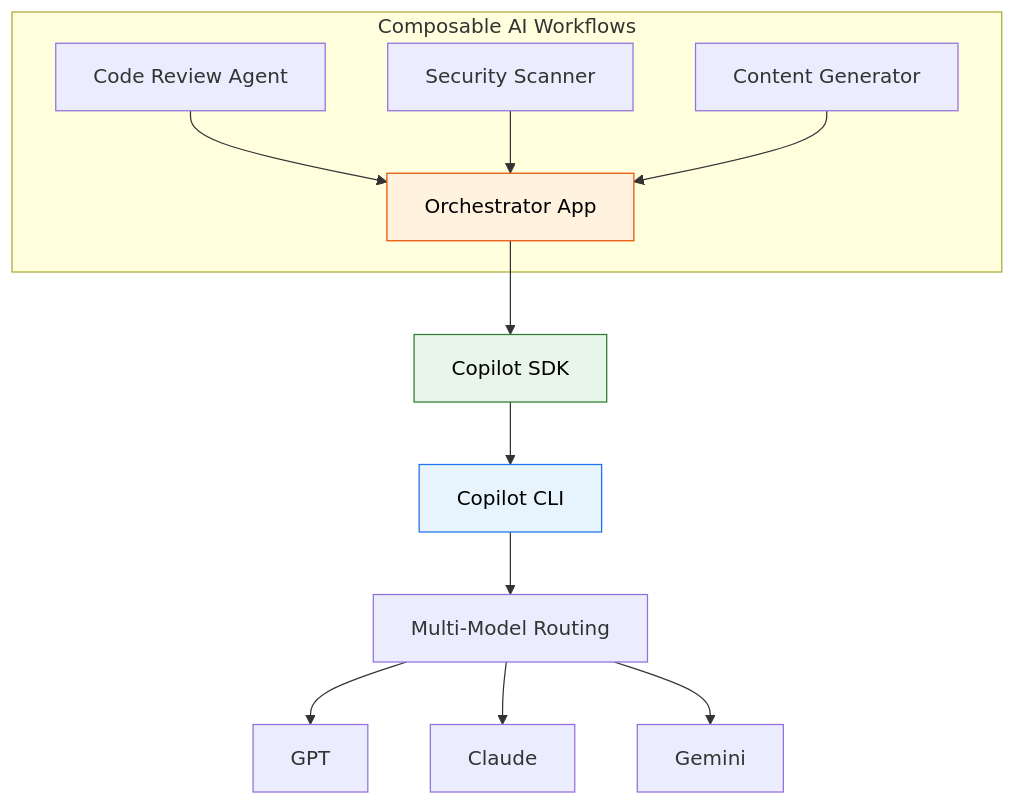
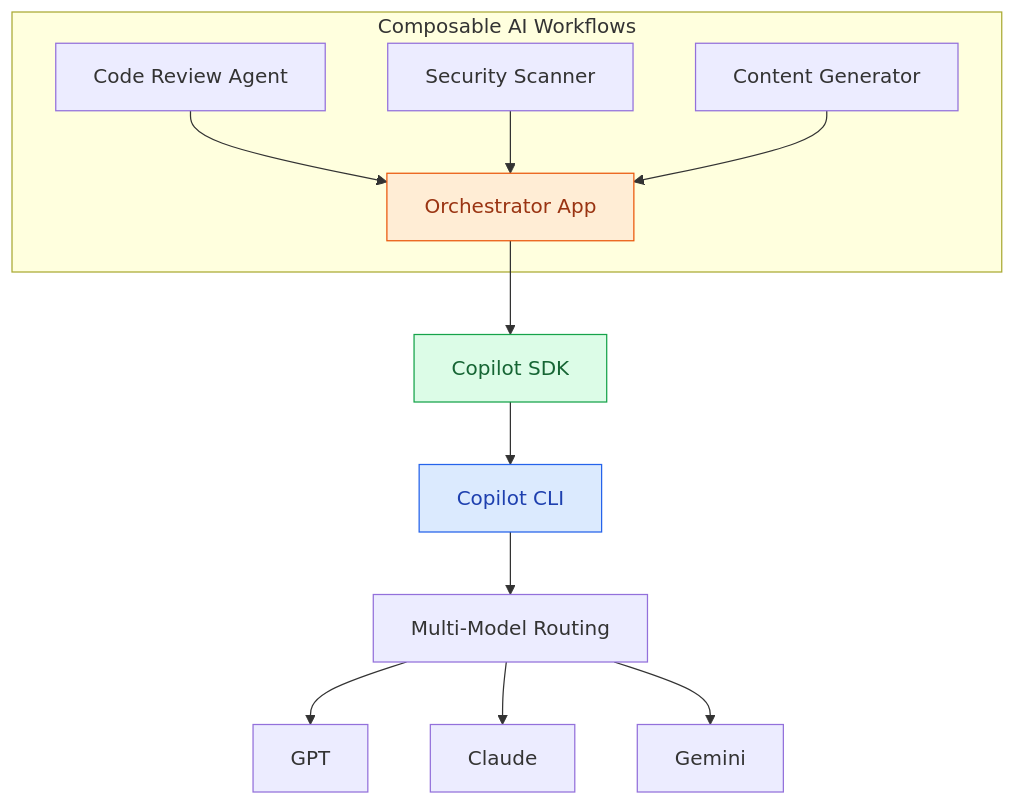
The fourth of 4 diagrams in hugo-site/content/blog/2026/01/5.copilot-sdk-deep-dive-unlocked-future-potential.md (raj-champion-trader/rajchampaneriya.github.io), drawn with Mermaid before and after one commit. The commit also changed other lines of this file and 5 other files, not shown here.

First line of the commit message:
Enhance Mermaid Diagrams with Semantic Color Classes and Dark Mode Support

````diff
--- a/hugo-site/content/blog/2026/01/5.copilot-sdk-deep-dive-unlocked-future-potential.md
+++ b/hugo-site/content/blog/2026/01/5.copilot-sdk-deep-dive-unlocked-future-potential.md
@@ -114,20 +112,20 @@
 ```mermaid
 graph TD
+    classDef primary fill:#dbeafe,stroke:#2563eb,color:#1e40af
+    classDef secondary fill:#dcfce7,stroke:#16a34a,color:#166534
+    classDef accent fill:#ffedd5,stroke:#ea580c,color:#9a3412
+
     subgraph Workflow["Composable AI Workflows"]
-        A[Code Review Agent] --> D[Orchestrator App]
-        B[Security Scanner] --> D
-        C[Content Generator] --> D
+        A["Code Review Agent"] --> D["Orchestrator App"]:::accent
+        B["Security Scanner"] --> D
+        C["Content Generator"] --> D
     end
     
-    D --> E[Copilot SDK]
-    E --> F[Copilot CLI]
-    F --> G[Multi-Model Routing]
+    D --> E["Copilot SDK"]:::secondary
+    E --> F["Copilot CLI"]:::primary
+    F --> G["Multi-Model Routing"]
     
-    G --> H[GPT]
-    G --> I[Claude]
-    G --> J[Gemini]
-
-    style D fill:#fff3e0,stroke:#e65100,color:#000
-    style E fill:#e8f5e9,stroke:#2e7d32,color:#000
-    style F fill:#e8f4fd,stroke:#1a73e8,color:#000
+    G --> H["GPT"]
+    G --> I["Claude"]
+    G --> J["Gemini"]
 ```
````
